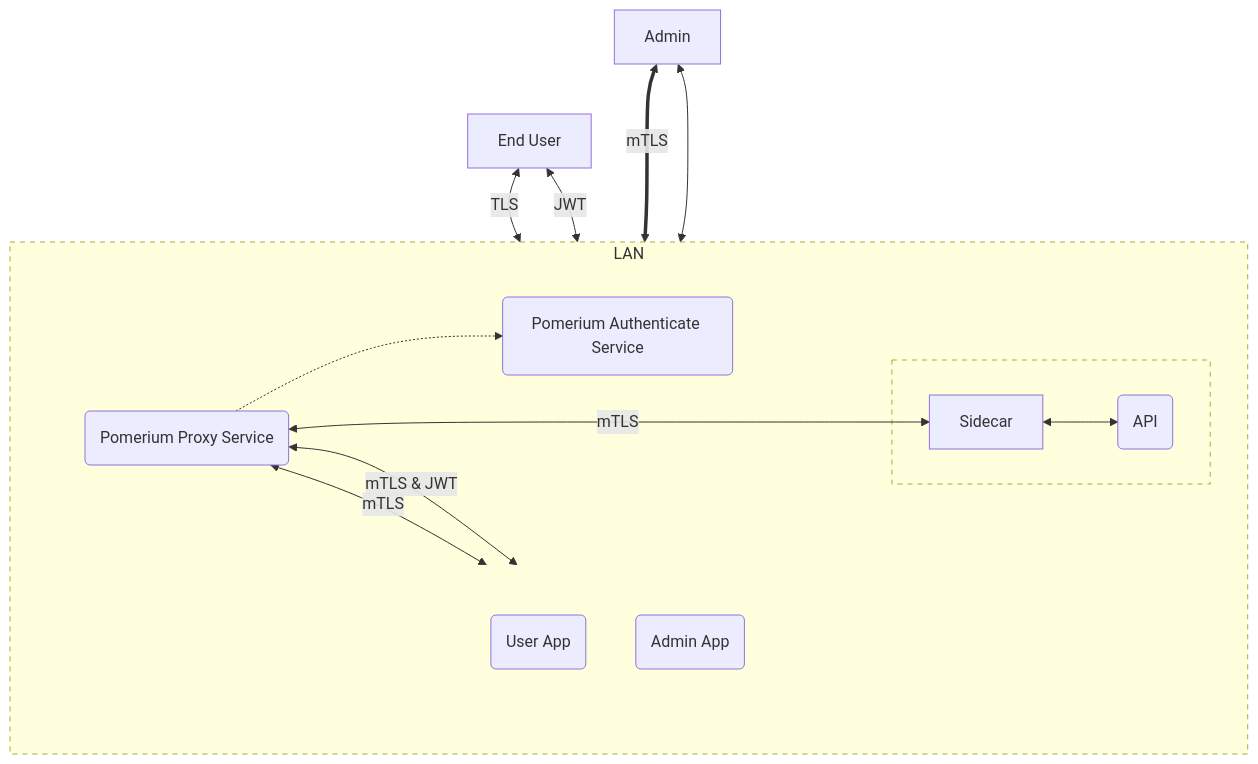
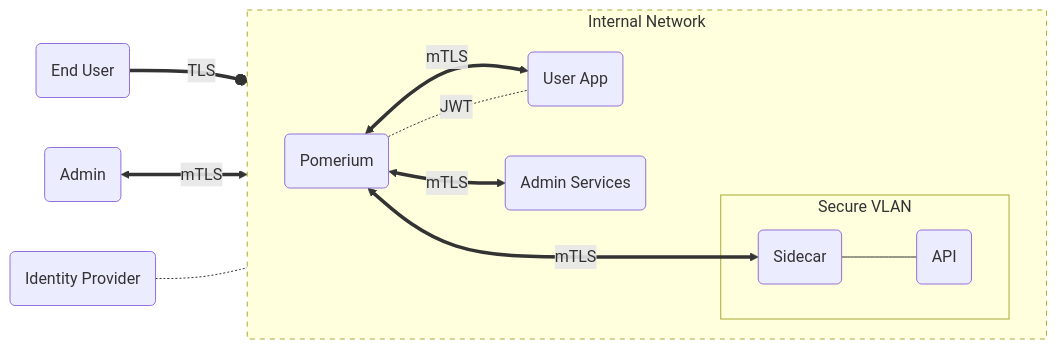
Before and after one commit to pomerium/pomerium: the tenth of 16 diagrams in docs/docs/topics/mutual-auth.md, drawn with Mermaid. The commit also changed other lines of this file and 1 other file, not shown here.

````diff
--- a/docs/docs/topics/mutual-auth.md
+++ b/docs/docs/topics/mutual-auth.md
@@ -263,34 +263,30 @@
 ```mermaid
-flowchart TD
-    A[End User]
-    G[Admin]
-    subgraph LAN
-    style LAN stroke-dasharray: 5 5
+flowchart LR
+  A(End User)
+  B(Pomerium)
+  C(Identity Provider)
+  D(User App)
+  E(Admin Services)
+  F(Sidecar)
+  G(Admin)
+  H(API)
+  subgraph lan[Internal Network]
+    style lan stroke-dasharray: 5 5
     direction LR
-        subgraph Pomerium [ ];
-        style Pomerium stroke-width: 0
-        B(Pomerium Proxy Service)
-        C(Pomerium Authenticate Service)
-        end
-        subgraph Services [ ];
-        direction TB
-        style Services stroke-width: 0
-        D(User App)
-        E(Admin App)
-        end
-        F[Sidecar]
-        subgraph Sidecar [ ];
-        style Sidecar stroke-dasharray: 5 5
-        H(API)
-        F<-->H
-        end
+    B
+    D
+    E
+    F
+    subgraph Sidecar [Secure VLAN];
+      H
+      F---H
     end
-    A <-- TLS --> B
-    A <--JWT--> C
-    B -.-> C
-    B<--mTLS & JWT-->D
-    B<--mTLS-->E
-    B<--mTLS--->F
-    G<==mTLS==>B
-    G<--->C
+  end
+  A ==TLS==o B
+  B<==mTLS==>D
+  B-.JWT.-D
+  B<==mTLS==>E
+  B<==mTLS===>F
+  G<==mTLS==>B
+  C-.-B
 ```
````
